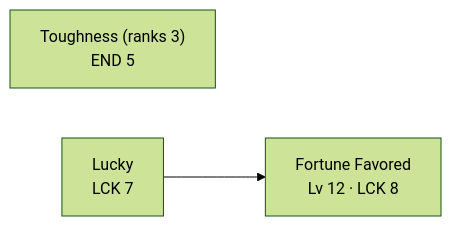
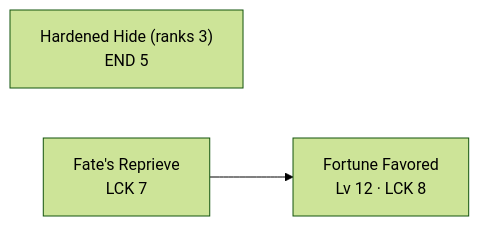
The second of 5 diagrams in docs/core/perk-ladders.md (SETA1609/riftweave-core), drawn with Mermaid (forest theme) before and after one commit. The commit also changed other lines of this file and 97 other files, not shown here.

````diff
--- a/docs/core/perk-ladders.md
+++ b/docs/core/perk-ladders.md
@@ -48,7 +48,7 @@
 ```mermaid
 graph LR
-  toughness["Toughness (ranks 3)<br/>END 5"]
-  lucky["Lucky<br/>LCK 7"]
+  hardened_hide["Hardened Hide (ranks 3)<br/>END 5"]
+  fates_reprieve["Fate's Reprieve<br/>LCK 7"]
   fortune_favored["Fortune Favored<br/>Lv 12 · LCK 8"]
-  lucky --> fortune_favored
+  fates_reprieve --> fortune_favored
 ```
````
